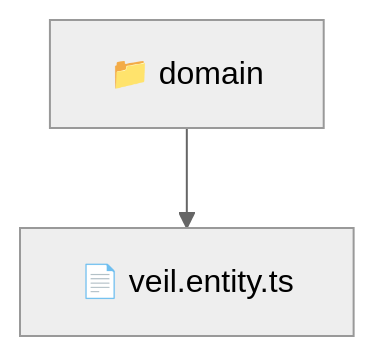
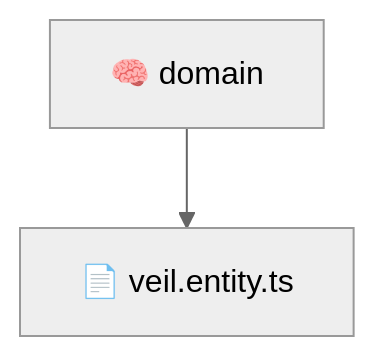
The diagram in backend/src/modules/veil/domain/README.md (beginwebdev2002/fullstack-mavluda), drawn with Mermaid (neutral theme) before and after one commit. The commit also changed other lines of this file and 165 other files, not shown here.

First line of the commit message:
docs: generate localized architectural READMEs

````diff
--- a/backend/src/modules/veil/domain/README.md
+++ b/backend/src/modules/veil/domain/README.md
@@ -10,5 +9,5 @@
 ```mermaid
 graph TD
-  Root["📁 domain"]
-  Root --> veilentityts["📄 veil.entity.ts"]
+  domain["🧠 domain"]
+  domain --> veil_entity_ts["📄 veil.entity.ts"]
 ```
````
